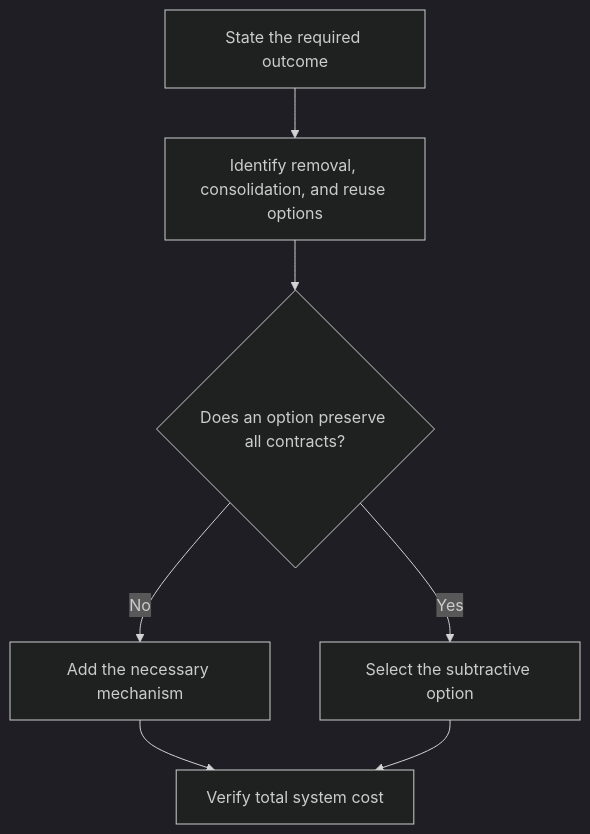
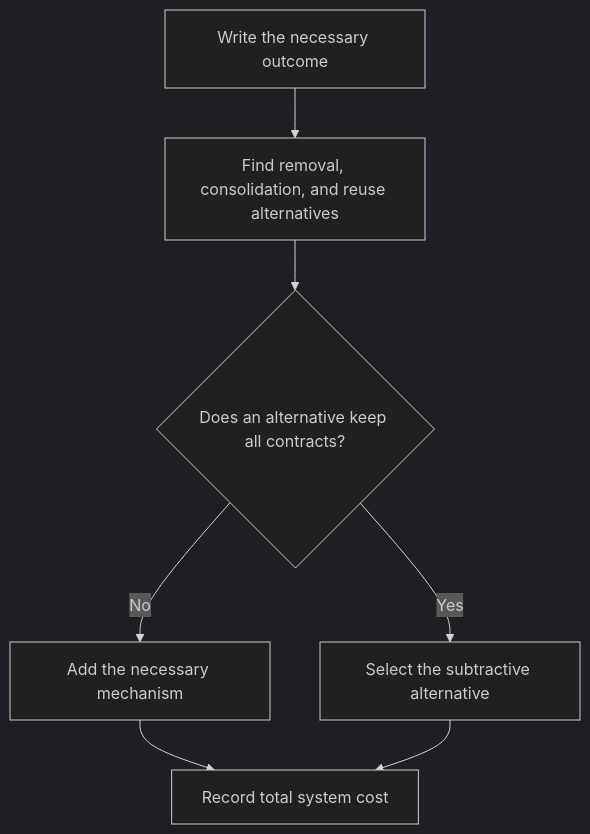
The diagram in docs/principles/details/p007-subtraction-over-addition.md (HomericIntelligence/Athena), drawn with Mermaid (dark theme) before and after one commit. The commit also changed other lines of this file and 91 other files, not shown here.

````diff
--- a/docs/principles/details/p007-subtraction-over-addition.md
+++ b/docs/principles/details/p007-subtraction-over-addition.md
@@ -33,9 +34,9 @@
 ```mermaid
 flowchart TD
-    A["State the required outcome"] --> B["Identify removal, consolidation, and reuse options"]
-    B --> C{"Does an option preserve all contracts?"}
+    A["Write the necessary outcome"] --> B["Find removal, consolidation, and reuse alternatives"]
+    B --> C{"Does an alternative keep all contracts?"}
     C -->|No| D["Add the necessary mechanism"]
-    C -->|Yes| E["Select the subtractive option"]
-    D --> F["Verify total system cost"]
+    C -->|Yes| E["Select the subtractive alternative"]
+    D --> F["Record total system cost"]
     E --> F
 ```
````
